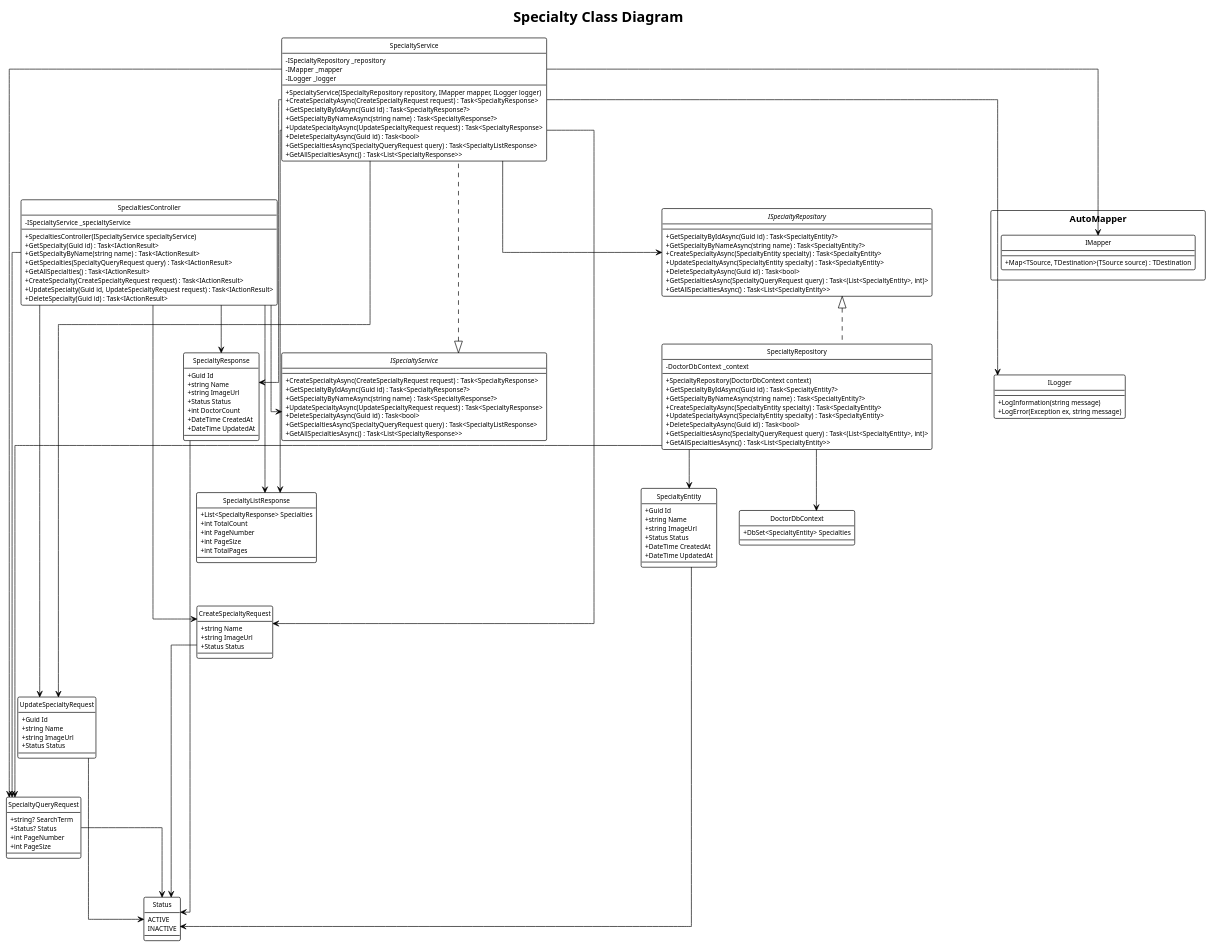
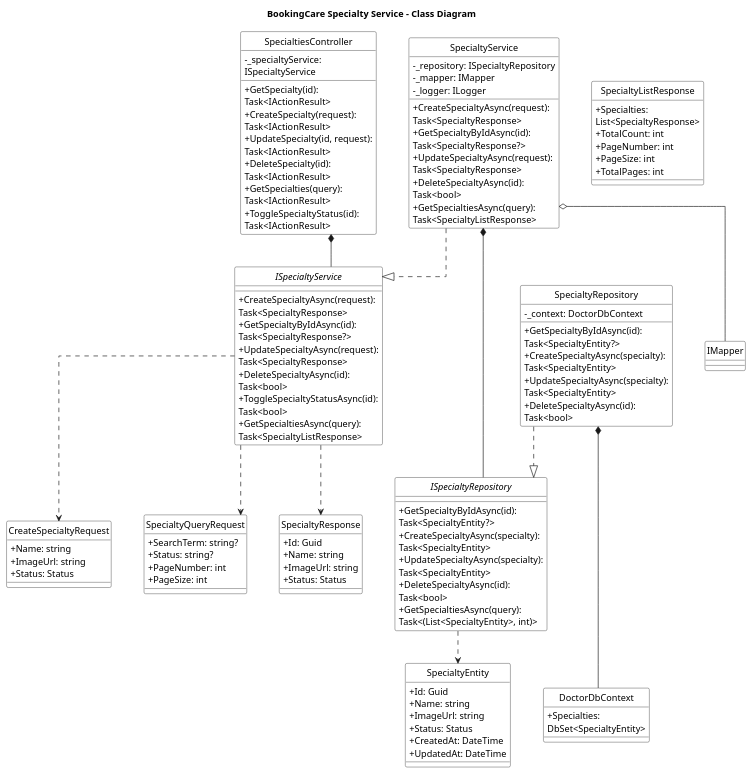
Before and after one commit to Capstone-FA25-MABS/BookingCareSystemBackend: the diagram in src/Services/BookingCare.Services.Doctor/class_diagram/specialty_class_diagram.puml, drawn with PlantUML. The commit also changed 28 other files, not shown here.

Commit message:
[FIX] update class diagram, markdown unit test

```diff
--- a/src/Services/BookingCare.Services.Doctor/class_diagram/specialty_class_diagram.puml
+++ b/src/Services/BookingCare.Services.Doctor/class_diagram/specialty_class_diagram.puml
@@ -1,215 +1,135 @@
-@startuml
-!theme plain
-title Specialty Class Diagram
+@startuml Specialty-Class-Diagram
+
+title BookingCare Specialty Service - Class Diagram
+
 hide circle
+skinparam classAttributeIconSize 0
+skinparam linetype ortho
+skinparam nodesep 50
+skinparam ranksep 50
+skinparam classBackgroundColor White
+skinparam classBorderColor Black
+skinparam wrapWidth 220
+skinparam maxMessageSize 220
 
-' ===== SKIN PARAMETERS =====
-skinparam class {
-    BackgroundColor White
-    BorderColor Black
-    ArrowColor Black
-    ArrowThickness 1
-    FontSize 10
+' ========== PRESENTATION LAYER ==========
+class SpecialtiesController {
+    - _specialtyService: ISpecialtyService
+    + GetSpecialty(id): Task<IActionResult>
+    + CreateSpecialty(request): Task<IActionResult>
+    + UpdateSpecialty(id, request): Task<IActionResult>
+    + DeleteSpecialty(id): Task<IActionResult>
+    + GetSpecialties(query): Task<IActionResult>
+    + ToggleSpecialtyStatus(id): Task<IActionResult>
 }
 
-skinparam arrow {
-    Thickness 1
-    Color Black
+' ========== SERVICE LAYER ==========
+interface ISpecialtyService {
+    + CreateSpecialtyAsync(request): Task<SpecialtyResponse>
+    + GetSpecialtyByIdAsync(id): Task<SpecialtyResponse?>
+    + UpdateSpecialtyAsync(request): Task<SpecialtyResponse>
+    + DeleteSpecialtyAsync(id): Task<bool>
+    + ToggleSpecialtyStatusAsync(id): Task<bool>
+    + GetSpecialtiesAsync(query): Task<SpecialtyListResponse>
 }
 
-skinparam linetype ortho
-skinparam packageStyle rectangle
-
-' ===== VISIBILITY MODIFIERS =====
-skinparam classAttribute {
-    IconSize 0
-    FontSize 10
+class SpecialtyService {
+    - _repository: ISpecialtyRepository
+    - _mapper: IMapper
+    - _logger: ILogger
+    + CreateSpecialtyAsync(request): Task<SpecialtyResponse>
+    + GetSpecialtyByIdAsync(id): Task<SpecialtyResponse?>
+    + UpdateSpecialtyAsync(request): Task<SpecialtyResponse>
+    + DeleteSpecialtyAsync(id): Task<bool>
+    + GetSpecialtiesAsync(query): Task<SpecialtyListResponse>
 }
 
-skinparam classMethod {
-    IconSize 0
-    FontSize 10
+' ========== REPOSITORY LAYER ==========
+interface ISpecialtyRepository {
+    + GetSpecialtyByIdAsync(id): Task<SpecialtyEntity?>
+    + CreateSpecialtyAsync(specialty): Task<SpecialtyEntity>
+    + UpdateSpecialtyAsync(specialty): Task<SpecialtyEntity>
+    + DeleteSpecialtyAsync(id): Task<bool>
+    + GetSpecialtiesAsync(query): Task<(List<SpecialtyEntity>, int)>
 }
 
-' ===== CORE ENTITIES =====
-class SpecialtyEntity {
-    + Guid Id
-    + string Name
-    + string ImageUrl
-    + Status Status
-    + DateTime CreatedAt
-    + DateTime UpdatedAt
+class SpecialtyRepository {
+    - _context: DoctorDbContext
+    + GetSpecialtyByIdAsync(id): Task<SpecialtyEntity?>
+    + CreateSpecialtyAsync(specialty): Task<SpecialtyEntity>
+    + UpdateSpecialtyAsync(specialty): Task<SpecialtyEntity>
+    + DeleteSpecialtyAsync(id): Task<bool>
 }
 
-' ===== REQUEST DTOs =====
-class CreateSpecialtyRequest {
-    + string Name
-    + string ImageUrl
-    + Status Status
+' ========== DATA LAYER ==========
+class DoctorDbContext {
+    + Specialties: DbSet<SpecialtyEntity>
 }
 
-class UpdateSpecialtyRequest {
-    + Guid Id
-    + string Name
-    + string ImageUrl
-    + Status Status
+' ========== ENTITIES ==========
+class SpecialtyEntity {
+    + Id: Guid
+    + Name: string
+    + ImageUrl: string
+    + Status: Status
+    + CreatedAt: DateTime
+    + UpdatedAt: DateTime
+}
+
+' ========== DTOs ==========
+class CreateSpecialtyRequest {
+    + Name: string
+    + ImageUrl: string
+    + Status: Status
 }
 
 class SpecialtyQueryRequest {
-    + string? SearchTerm
-    + Status? Status
-    + int PageNumber
-    + int PageSize
+    + SearchTerm: string?
+    + Status: string?
+    + PageNumber: int
+    + PageSize: int
 }
 
-' ===== RESPONSE DTOs =====
 class SpecialtyResponse {
-    + Guid Id
-    + string Name
-    + string ImageUrl
-    + Status Status
-    + int DoctorCount
-    + DateTime CreatedAt
-    + DateTime UpdatedAt
+    + Id: Guid
+    + Name: string
+    + ImageUrl: string
+    + Status: Status
 }
 
 class SpecialtyListResponse {
-    + List<SpecialtyResponse> Specialties
-    + int TotalCount
-    + int PageNumber
-    + int PageSize
-    + int TotalPages
+    + Specialties: List<SpecialtyResponse>
+    + TotalCount: int
+    + PageNumber: int
+    + PageSize: int
+    + TotalPages: int
 }
 
-' ===== REPOSITORY INTERFACE =====
-interface ISpecialtyRepository {
-    + GetSpecialtyByIdAsync(Guid id) : Task<SpecialtyEntity?>
-    + GetSpecialtyByNameAsync(string name) : Task<SpecialtyEntity?>
-    + CreateSpecialtyAsync(SpecialtyEntity specialty) : Task<SpecialtyEntity>
-    + UpdateSpecialtyAsync(SpecialtyEntity specialty) : Task<SpecialtyEntity>
-    + DeleteSpecialtyAsync(Guid id) : Task<bool>
-    + GetSpecialtiesAsync(SpecialtyQueryRequest query) : Task<(List<SpecialtyEntity>, int)>
-    + GetAllSpecialtiesAsync() : Task<List<SpecialtyEntity>>
-}
+' ========== LAYOUT HINTS ==========
+SpecialtiesController -[hidden]down- ISpecialtyService
+ISpecialtyService -[hidden]down- ISpecialtyRepository
+ISpecialtyRepository -[hidden]down- DoctorDbContext
 
-' ===== REPOSITORY IMPLEMENTATION =====
-class SpecialtyRepository {
-    - DoctorDbContext _context
-    --
-    + SpecialtyRepository(DoctorDbContext context)
-    + GetSpecialtyByIdAsync(Guid id) : Task<SpecialtyEntity?>
-    + GetSpecialtyByNameAsync(string name) : Task<SpecialtyEntity?>
-    + CreateSpecialtyAsync(SpecialtyEntity specialty) : Task<SpecialtyEntity>
-    + UpdateSpecialtyAsync(SpecialtyEntity specialty) : Task<SpecialtyEntity>
-    + DeleteSpecialtyAsync(Guid id) : Task<bool>
-    + GetSpecialtiesAsync(SpecialtyQueryRequest query) : Task<(List<SpecialtyEntity>, int)>
-    + GetAllSpecialtiesAsync() : Task<List<SpecialtyEntity>>
-}
+' ========== RELATIONSHIPS ==========
 
-' ===== SERVICE INTERFACE =====
-interface ISpecialtyService {
-    + CreateSpecialtyAsync(CreateSpecialtyRequest request) : Task<SpecialtyResponse>
-    + GetSpecialtyByIdAsync(Guid id) : Task<SpecialtyResponse?>
-    + GetSpecialtyByNameAsync(string name) : Task<SpecialtyResponse?>
-    + UpdateSpecialtyAsync(UpdateSpecialtyRequest request) : Task<SpecialtyResponse>
-    + DeleteSpecialtyAsync(Guid id) : Task<bool>
-    + GetSpecialtiesAsync(SpecialtyQueryRequest query) : Task<SpecialtyListResponse>
-    + GetAllSpecialtiesAsync() : Task<List<SpecialtyResponse>>
-}
+' Controller Layer
+SpecialtiesController *-- ISpecialtyService
 
-' ===== SERVICE IMPLEMENTATION =====
-class SpecialtyService {
-    - ISpecialtyRepository _repository
-    - IMapper _mapper
-    - ILogger _logger
-    --
-    + SpecialtyService(ISpecialtyRepository repository, IMapper mapper, ILogger logger)
-    + CreateSpecialtyAsync(CreateSpecialtyRequest request) : Task<SpecialtyResponse>
-    + GetSpecialtyByIdAsync(Guid id) : Task<SpecialtyResponse?>
-    + GetSpecialtyByNameAsync(string name) : Task<SpecialtyResponse?>
-    + UpdateSpecialtyAsync(UpdateSpecialtyRequest request) : Task<SpecialtyResponse>
-    + DeleteSpecialtyAsync(Guid id) : Task<bool>
-    + GetSpecialtiesAsync(SpecialtyQueryRequest query) : Task<SpecialtyListResponse>
-    + GetAllSpecialtiesAsync() : Task<List<SpecialtyResponse>>
-}
+' Service Layer
+SpecialtyService ..|> ISpecialtyService
+SpecialtyService *-- ISpecialtyRepository
+SpecialtyService o-- IMapper
 
-' ===== CONTROLLER =====
-class SpecialtiesController {
-    - ISpecialtyService _specialtyService
-    --
-    + SpecialtiesController(ISpecialtyService specialtyService)
-    + GetSpecialty(Guid id) : Task<IActionResult>
-    + GetSpecialtyByName(string name) : Task<IActionResult>
-    + GetSpecialties(SpecialtyQueryRequest query) : Task<IActionResult>
-    + GetAllSpecialties() : Task<IActionResult>
-    + CreateSpecialty(CreateSpecialtyRequest request) : Task<IActionResult>
-    + UpdateSpecialty(Guid id, UpdateSpecialtyRequest request) : Task<IActionResult>
-    + DeleteSpecialty(Guid id) : Task<IActionResult>
-}
+' Repository Layer
+SpecialtyRepository ..|> ISpecialtyRepository
+SpecialtyRepository *-- DoctorDbContext
 
-' ===== EXTERNAL DEPENDENCIES =====
-class DoctorDbContext {
-    + DbSet<SpecialtyEntity> Specialties
-}
+' Service Uses DTOs
+ISpecialtyService ..> CreateSpecialtyRequest
+ISpecialtyService ..> SpecialtyQueryRequest
+ISpecialtyService ..> SpecialtyResponse
 
-class AutoMapper.IMapper {
-    + Map<TSource, TDestination>(TSource source) : TDestination
-}
-
-class ILogger {
-    + LogInformation(string message)
-    + LogError(Exception ex, string message)
-}
-
-' ===== ENUMS =====
-enum Status {
-    ACTIVE
-    INACTIVE
-}
-
-' ===== LAYOUT POSITIONING =====
-SpecialtyEntity -[hidden]- CreateSpecialtyRequest
-CreateSpecialtyRequest -[hidden]- UpdateSpecialtyRequest
-UpdateSpecialtyRequest -[hidden]- SpecialtyQueryRequest
-
-SpecialtyResponse -[hidden]- SpecialtyListResponse
-
-ISpecialtyRepository -[hidden]- SpecialtyRepository
-SpecialtyRepository -[hidden]- DoctorDbContext
-
-ISpecialtyService -[hidden]- SpecialtyService
-SpecialtyService -[hidden]- SpecialtiesController
-
-IMapper -[hidden]- ILogger
-
-' ===== RELATIONSHIPS =====
-ISpecialtyRepository <|.. SpecialtyRepository
-ISpecialtyService <|.. SpecialtyService
-
-SpecialtyRepository --> DoctorDbContext
-SpecialtyRepository --> SpecialtyEntity
-SpecialtyRepository --> SpecialtyQueryRequest
-
-SpecialtyService --> ISpecialtyRepository
-SpecialtyService --> IMapper
-SpecialtyService --> ILogger
-SpecialtyService --> CreateSpecialtyRequest
-SpecialtyService --> UpdateSpecialtyRequest
-SpecialtyService --> SpecialtyQueryRequest
-SpecialtyService --> SpecialtyResponse
-SpecialtyService --> SpecialtyListResponse
-
-SpecialtiesController --> ISpecialtyService
-SpecialtiesController --> CreateSpecialtyRequest
-SpecialtiesController --> UpdateSpecialtyRequest
-SpecialtiesController --> SpecialtyQueryRequest
-SpecialtiesController --> SpecialtyResponse
-SpecialtiesController --> SpecialtyListResponse
-
-SpecialtyEntity --> Status
-CreateSpecialtyRequest --> Status
-UpdateSpecialtyRequest --> Status
-SpecialtyQueryRequest --> Status
-SpecialtyResponse --> Status
+' Repository Uses Entities
+ISpecialtyRepository ..> SpecialtyEntity
 
 @enduml
```
